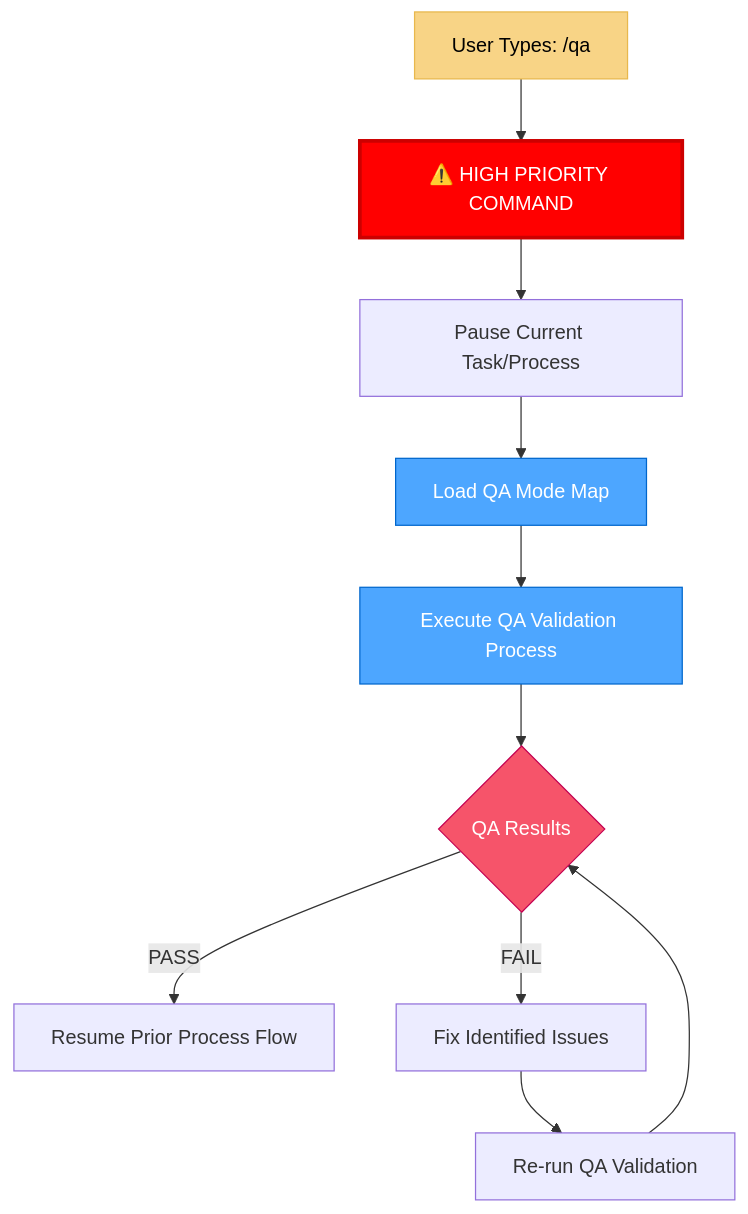
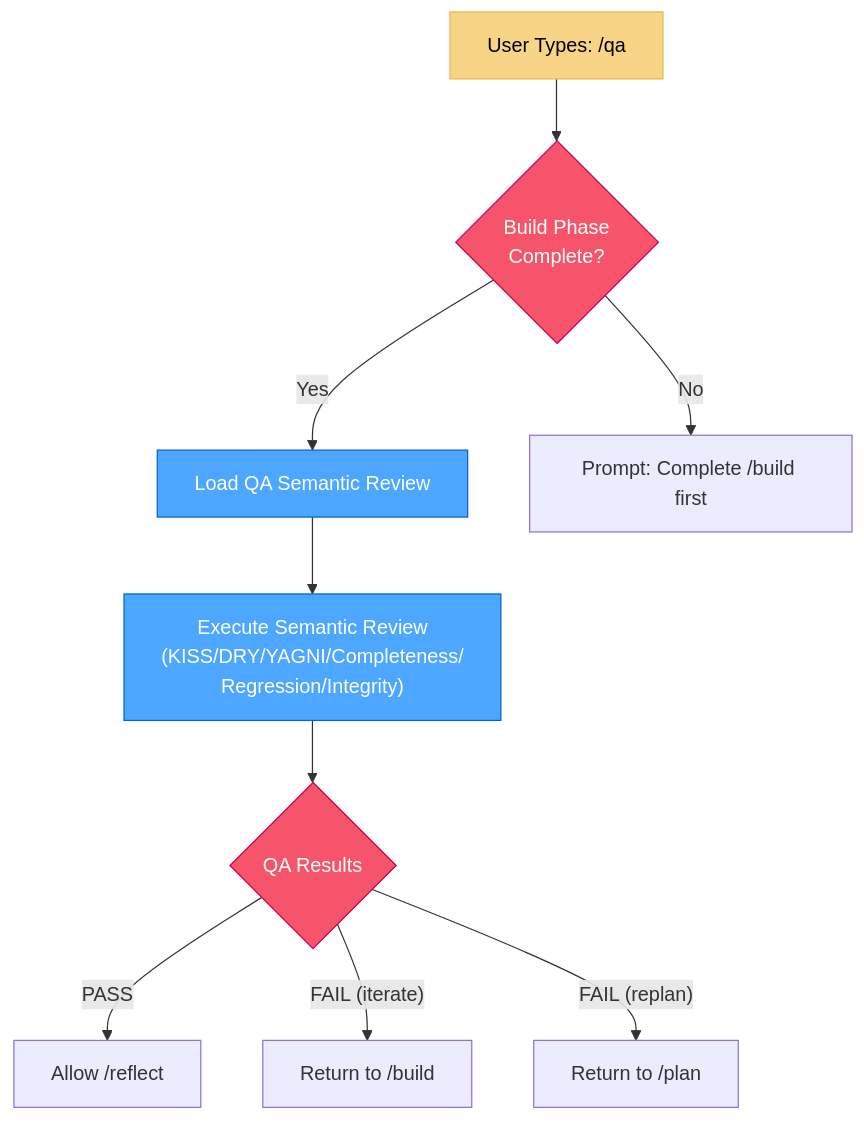
The eighth of 9 diagrams in rulesets/niko/niko/visual-maps/van-mode-map.mdc (Texarkanine/.cursor-rules), drawn with Mermaid before and after one commit. The commit also changed other lines of this file and 22 other files, not shown here.

````diff
--- a/rulesets/niko/niko/visual-maps/van-mode-map.mdc
+++ b/rulesets/niko/niko/visual-maps/van-mode-map.mdc
@@ -253,19 +250,18 @@
 ```mermaid
 graph TD
-    UserQA["User Types: /qa"] --> HighPriority["⚠️ HIGH PRIORITY COMMAND"]
-    HighPriority --> CurrentTask["Pause Current Task/Process"]
-    CurrentTask --> LoadQA["Load QA Mode Map"]
-    LoadQA --> RunQA["Execute QA Validation Process"]
+    UserQA["User Types: /qa"] --> CheckBuild{"Build Phase<br>Complete?"}
+    CheckBuild -->|"Yes"| LoadQA["Load QA Semantic Review"]
+    CheckBuild -->|"No"| PromptBuild["Prompt: Complete /build first"]
+    LoadQA --> RunQA["Execute Semantic Review<br>(KISS/DRY/YAGNI/Completeness/<br>Regression/Integrity)"]
     RunQA --> QAResults{"QA Results"}
-    
-    QAResults -->|"PASS"| ResumeFlow["Resume Prior Process Flow"]
-    QAResults -->|"FAIL"| FixIssues["Fix Identified Issues"]
-    FixIssues --> ReRunQA["Re-run QA Validation"]
-    ReRunQA --> QAResults
-    
+
+    QAResults -->|"PASS"| AllowReflect["Allow /reflect"]
+    QAResults -->|"FAIL (iterate)"| ReturnBuild["Return to /build"]
+    QAResults -->|"FAIL (replan)"| ReturnPlan["Return to /plan"]
+
     style UserQA fill:#f8d486,stroke:#e8b84d,color:black
-    style HighPriority fill:#ff0000,stroke:#cc0000,color:white,stroke-width:3px
+    style CheckBuild fill:#f6546a,stroke:#c30052,color:white
     style LoadQA fill:#4da6ff,stroke:#0066cc,color:white
     style RunQA fill:#4da6ff,stroke:#0066cc,color:white
     style QAResults fill:#f6546a,stroke:#c30052,color:white
 ```
````
